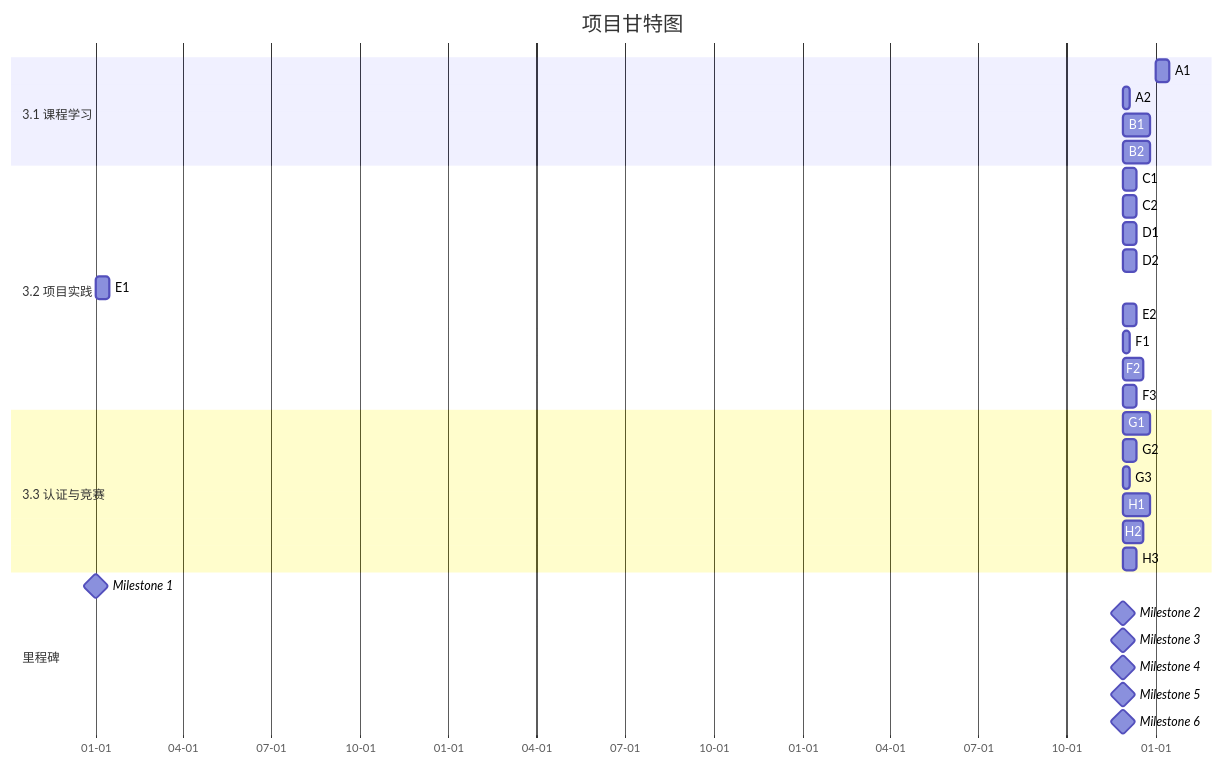
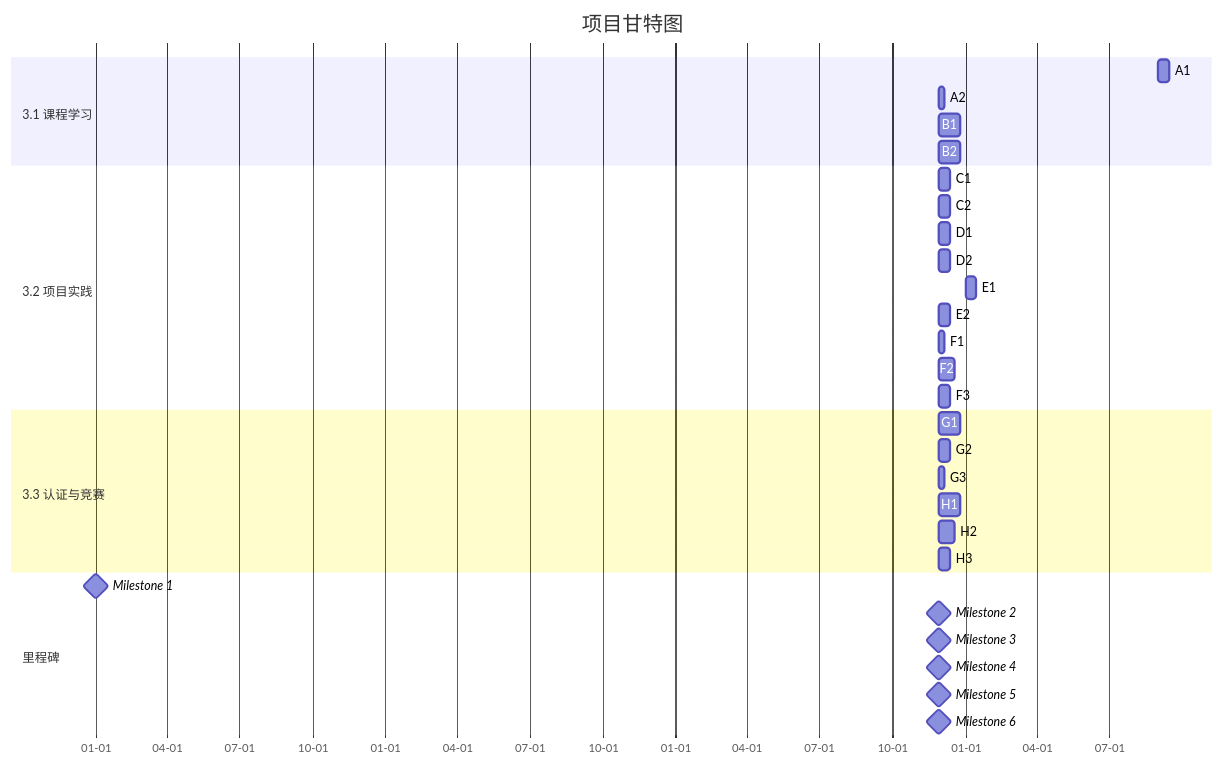
One commit to XinXing3/iodraw-files changed the diagram in all/代码甘特图.md. Above: the diagram before and after it, drawn with Mermaid.

Commit message:
2025-11-28 15:48:45 update

````diff
--- a/all/代码甘特图.md
+++ b/all/代码甘特图.md
@@ -1,40 +1,40 @@
 ```mermaid
 gantt
     title 项目甘特图
     dateFormat YYYY-MM-DD
     axisFormat %m-%d
 
     section 3.1 课程学习
-    A1: 3.1.1.1, 2026-01-01, 2w
+    A1: 3.1.1.1, 2026-09-01, 2w
     A2: 3.1.1.2, after A1, 1w
     B1: 3.1.2.1, after A1, 4w
     B2: 3.1.2.2, after B1, 4w
 
     section 3.2 项目实践
     C1: 3.2.1.1, after B2, 2w
     C2: 3.2.1.2, after C1, 2w
     D1: 3.2.2.1, after C2, 2w
     D2: 3.2.2.2, after D1, 2w
-    E1: 3.2.3.1, 2023-01-01, 2w
+    E1: 3.2.3.1, 2026-01-01, 2w
     E2: 3.2.3.2, after C2, 2w
     F1: 3.2.4.1, after E2, 1w
     F2: 3.2.4.2, after F1, 3w
     F3: 3.2.4.3, after F2, 2w
 
     section 3.3 认证与竞赛
     G1: 3.3.1.1, after F3, 4w
     G2: 3.3.1.2, after G1, 2w
     G3: 3.3.1.3, after G2, 1w
     H1: 3.3.2.1, after F3, 4w
     H2: 3.3.2.2, after H1, 3w
     H3: 3.3.2.3, after H2, 2w
 
     section 里程碑
     Milestone 1: milestone, 2023-01-01, 0d
     Milestone 2: milestone, after C2, 0d
     Milestone 3: milestone, after F3, 0d
     Milestone 4: milestone, after G2, 0d
     Milestone 5: milestone, after H2, 0d
     Milestone 6: milestone, after H3, 0d
 
 ```
````
